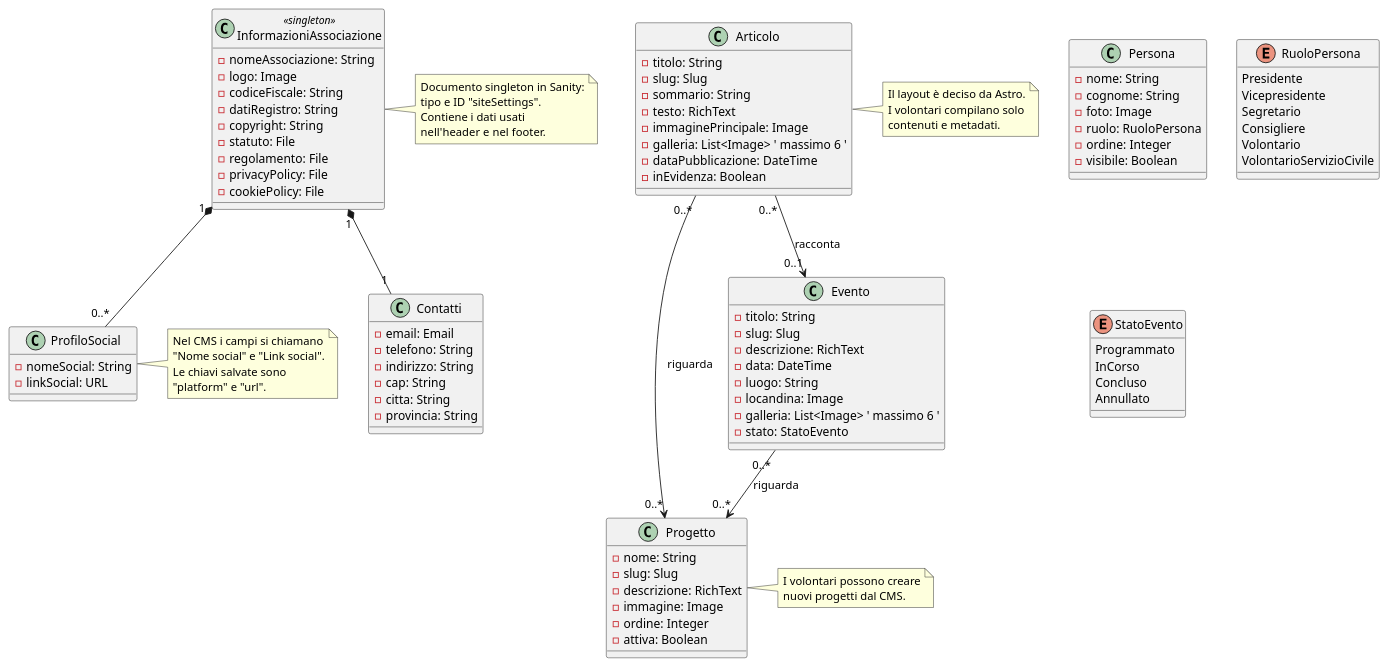
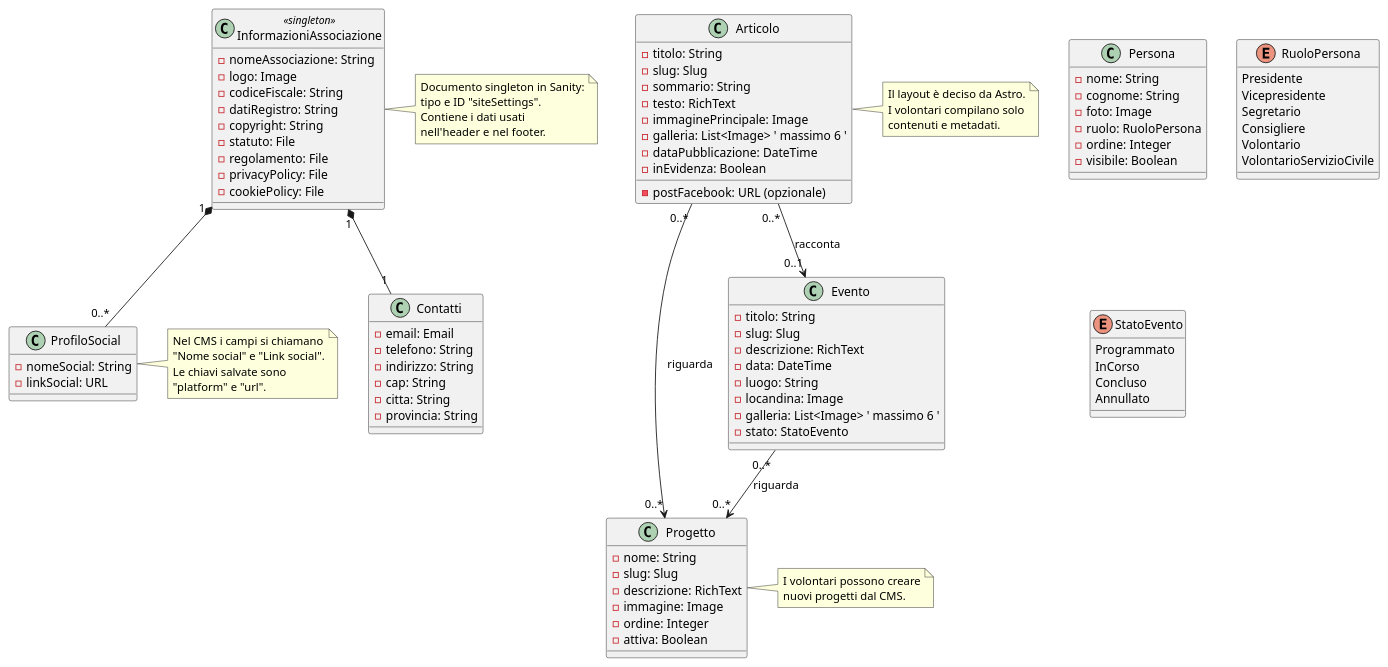
The diagram in docs/class.puml (bickpenna/Assoe), drawn with PlantUML before and after one commit. The commit also changed 8 other files, not shown here.

```diff
--- a/docs/class.puml
+++ b/docs/class.puml
@@ -1,133 +1,134 @@
 @startuml
 
 ' ============================================================
 ' Contenuti globali
 ' ============================================================
 
 class InformazioniAssociazione <<singleton>> {
     -nomeAssociazione: String
     -logo: Image
     -codiceFiscale: String
     -datiRegistro: String
     -copyright: String
     -statuto: File
     -regolamento: File
     -privacyPolicy: File
     -cookiePolicy: File
 }
 
 class Contatti {
     -email: Email
     -telefono: String
     -indirizzo: String
     -cap: String
     -citta: String
     -provincia: String
 }
 
 class ProfiloSocial {
     -nomeSocial: String
     -linkSocial: URL
 }
 
 ' ============================================================
 ' Contenuti editoriali
 ' ============================================================
 
 class Progetto {
     -nome: String
     -slug: Slug
     -descrizione: RichText
     -immagine: Image
     -ordine: Integer
     -attiva: Boolean
 }
 
 class Articolo {
     -titolo: String
     -slug: Slug
     -sommario: String
     -testo: RichText
+    -postFacebook: URL (opzionale)
     -immaginePrincipale: Image
     -galleria: List<Image> ' massimo 6 '
     -dataPubblicazione: DateTime
     -inEvidenza: Boolean
 }
 
 class Evento {
     -titolo: String
     -slug: Slug
     -descrizione: RichText
     -data: DateTime
     -luogo: String
     -locandina: Image
     -galleria: List<Image> ' massimo 6 '
     -stato: StatoEvento
 }
 
 class Persona {
     -nome: String
     -cognome: String
     -foto: Image
     -ruolo: RuoloPersona
     -ordine: Integer
     -visibile: Boolean
 }
 
 ' ==============================================================
 ' Enumerazioni
 ' ==============================================================
 
 enum RuoloPersona {
     Presidente
     Vicepresidente
     Segretario
     Consigliere
     Volontario
     VolontarioServizioCivile
 }
 
 enum StatoEvento {
     Programmato
     InCorso
     Concluso
     Annullato
 }
 
 ' ============================================================
 ' Relazioni
 ' ============================================================
 
 InformazioniAssociazione "1" *-- "1" Contatti
 InformazioniAssociazione "1" *-- "0..*" ProfiloSocial
 
 Articolo "0..*" --> "0..*" Progetto : riguarda
 Evento "0..*" --> "0..*" Progetto : riguarda
 Articolo "0..*" --> "0..1" Evento : racconta
 
 note right of InformazioniAssociazione
     Documento singleton in Sanity:
     tipo e ID "siteSettings".
     Contiene i dati usati
     nell'header e nel footer.
 end note
 
 note right of ProfiloSocial
     Nel CMS i campi si chiamano
     "Nome social" e "Link social".
     Le chiavi salvate sono
     "platform" e "url".
 end note
 
 note right of Progetto
     I volontari possono creare
     nuovi progetti dal CMS.
 end note
 
 note right of Articolo
     Il layout è deciso da Astro.
     I volontari compilano solo
     contenuti e metadati.
 end note
 
 @enduml
```
